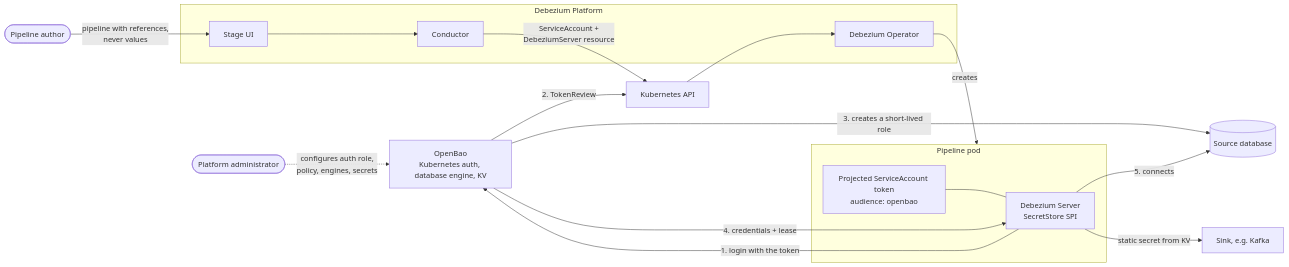
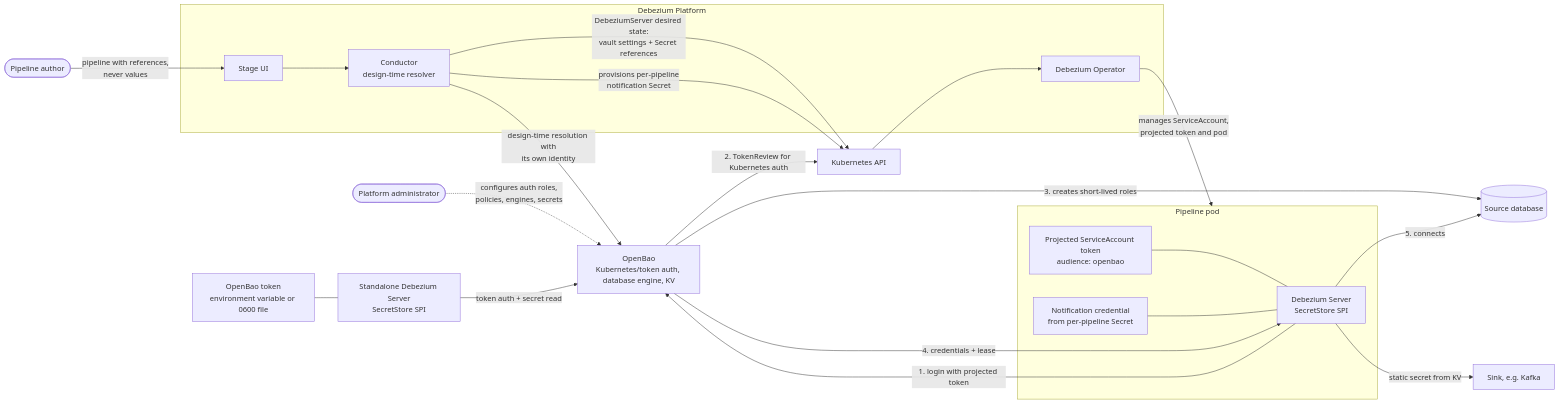
One commit to debezium/debezium-design-documents changed the second of 4 diagrams in DDD-67.md. Above: the diagram before and after it, drawn with Mermaid. The commit also changed other lines of this file and 4 other files, not shown here.

Commit message:
DDD-67 Credentials management: operator ownership, conductor design-time identity, notification Secret, DDD-79 integration

````diff
--- a/DDD-67.md
+++ b/DDD-67.md
@@ -130,35 +148,43 @@
 ```mermaid
 flowchart LR
     admin(["Platform administrator"])
     user(["Pipeline author"])
 
     subgraph platform["Debezium Platform"]
         stage["Stage UI"]
-        conductor["Conductor"]
+        conductor["Conductor<br/>design-time resolver"]
         operator["Debezium Operator"]
     end
 
     subgraph pod["Pipeline pod"]
         server["Debezium Server<br/>SecretStore SPI"]
         token["Projected ServiceAccount token<br/>audience: openbao"]
+        notification["Notification credential<br/>from per-pipeline Secret"]
     end
 
+    standalone["Standalone Debezium Server<br/>SecretStore SPI"]
+    standaloneToken["OpenBao token<br/>environment variable or 0600 file"]
     k8s["Kubernetes API"]
-    bao["OpenBao<br/>Kubernetes auth, database engine, KV"]
+    bao["OpenBao<br/>Kubernetes/token auth, database engine, KV"]
     db[("Source database")]
     sink["Sink, e.g. Kafka"]
 
-    admin -. "configures auth role,<br/>policy, engines, secrets" .-> bao
+    admin -. "configures auth roles,<br/>policies, engines, secrets" .-> bao
     user -- "pipeline with references,<br/>never values" --> stage
     stage --> conductor
-    conductor -- "ServiceAccount +<br/>DebeziumServer resource" --> k8s
+    conductor -- "DebeziumServer desired state:<br/>vault settings + Secret references" --> k8s
+    conductor -- "provisions per-pipeline<br/>notification Secret" --> k8s
     k8s --> operator
-    operator -- "creates" --> pod
+    operator -- "manages ServiceAccount,<br/>projected token and pod" --> pod
     token --- server
-    server -- "1. login with the token" --> bao
-    bao -- "2. TokenReview" --> k8s
-    bao -- "3. creates a short-lived role" --> db
+    notification --- server
+    server -- "1. login with projected token" --> bao
+    conductor -- "design-time resolution with<br/>its own identity" --> bao
+    bao -- "2. TokenReview for Kubernetes auth" --> k8s
+    bao -- "3. creates short-lived roles" --> db
     bao -- "4. credentials + lease" --> server
     server -- "5. connects" --> db
     server -- "static secret from KV" --> sink
+    standaloneToken --- standalone
+    standalone -- "token auth + secret read" --> bao
 ```
````
